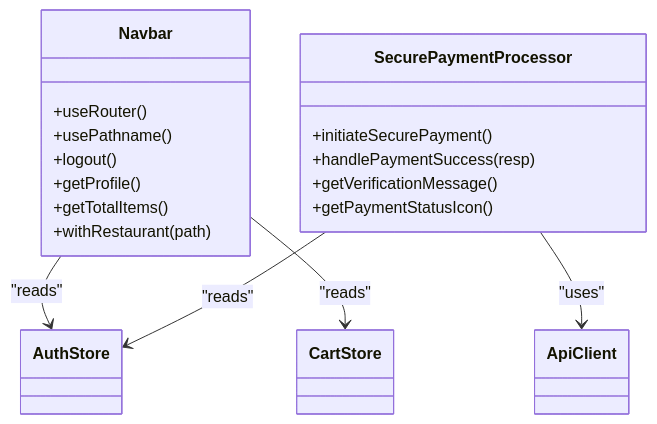
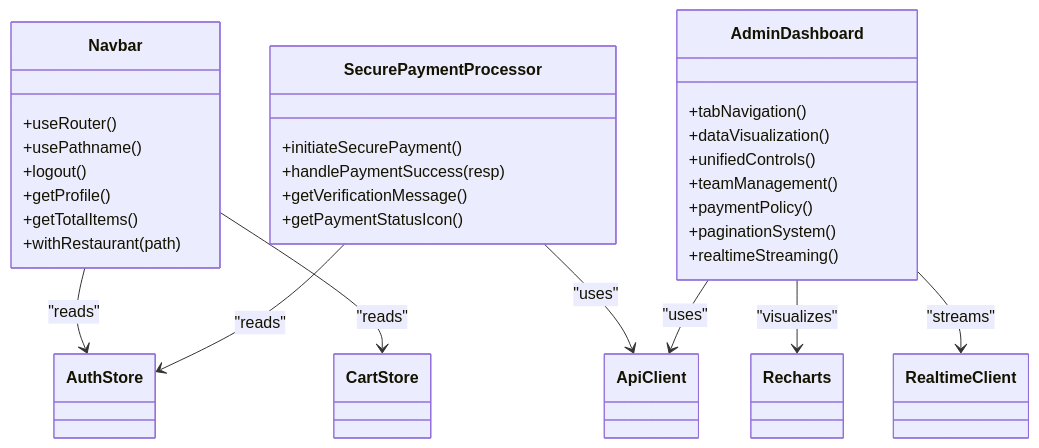
One commit to Dequeue-Tech/DeQ-Bite changed the eighth of 9 diagrams in .qoder/repowiki/en/content/Frontend System/Frontend System.md. Above: the diagram before and after it, drawn with Mermaid. The commit also changed other lines of this file and 25 other files, not shown here.

````diff
--- a/.qoder/repowiki/en/content/Frontend System/Frontend System.md
+++ b/.qoder/repowiki/en/content/Frontend System/Frontend System.md
@@ -286,21 +412,33 @@
 ```mermaid
 classDiagram
 class Navbar {
 +useRouter()
 +usePathname()
 +logout()
 +getProfile()
 +getTotalItems()
 +withRestaurant(path)
 }
 class SecurePaymentProcessor {
 +initiateSecurePayment()
 +handlePaymentSuccess(resp)
 +getVerificationMessage()
 +getPaymentStatusIcon()
 }
+class AdminDashboard {
++tabNavigation()
++dataVisualization()
++unifiedControls()
++teamManagement()
++paymentPolicy()
++paginationSystem()
++realtimeStreaming()
+}
 Navbar --> AuthStore : "reads"
 Navbar --> CartStore : "reads"
 SecurePaymentProcessor --> AuthStore : "reads"
 SecurePaymentProcessor --> ApiClient : "uses"
+AdminDashboard --> ApiClient : "uses"
+AdminDashboard --> Recharts : "visualizes"
+AdminDashboard --> RealtimeClient : "streams"
 ```
````
